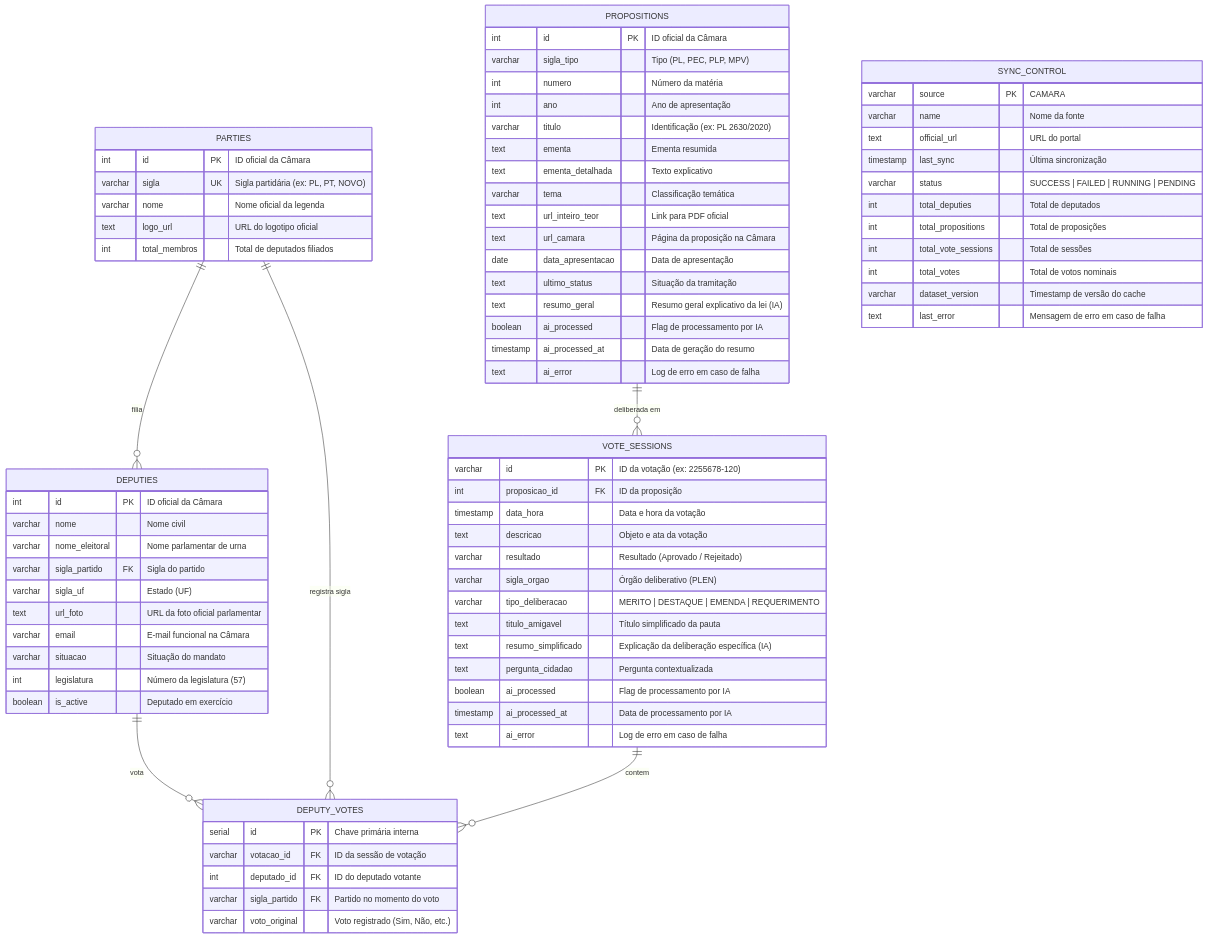
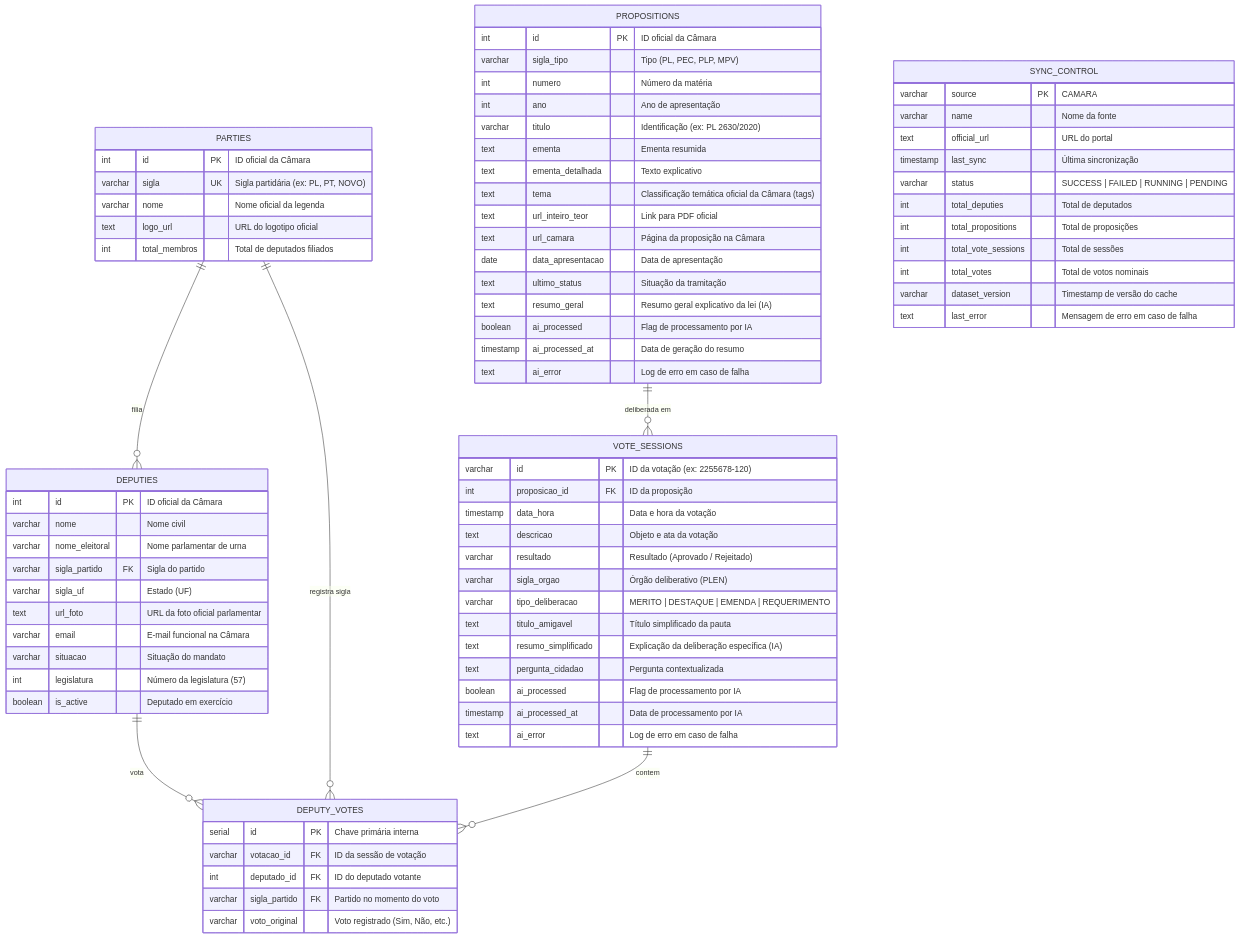
Before and after one commit to didifive/legisvisao: the fifth of 5 diagrams in README.md, drawn with Mermaid. The commit also changed other lines of this file and 11 other files, not shown here.

```diff
--- a/README.md
+++ b/README.md
@@ -294,7 +294,7 @@
         varchar titulo "Identificação (ex: PL 2630/2020)"
         text ementa "Ementa resumida"
         text ementa_detalhada "Texto explicativo"
-        varchar tema "Classificação temática"
+        text tema "Classificação temática oficial da Câmara (tags)"
         text url_inteiro_teor "Link para PDF oficial"
         text url_camara "Página da proposição na Câmara"
         date data_apresentacao "Data de apresentação"
```
